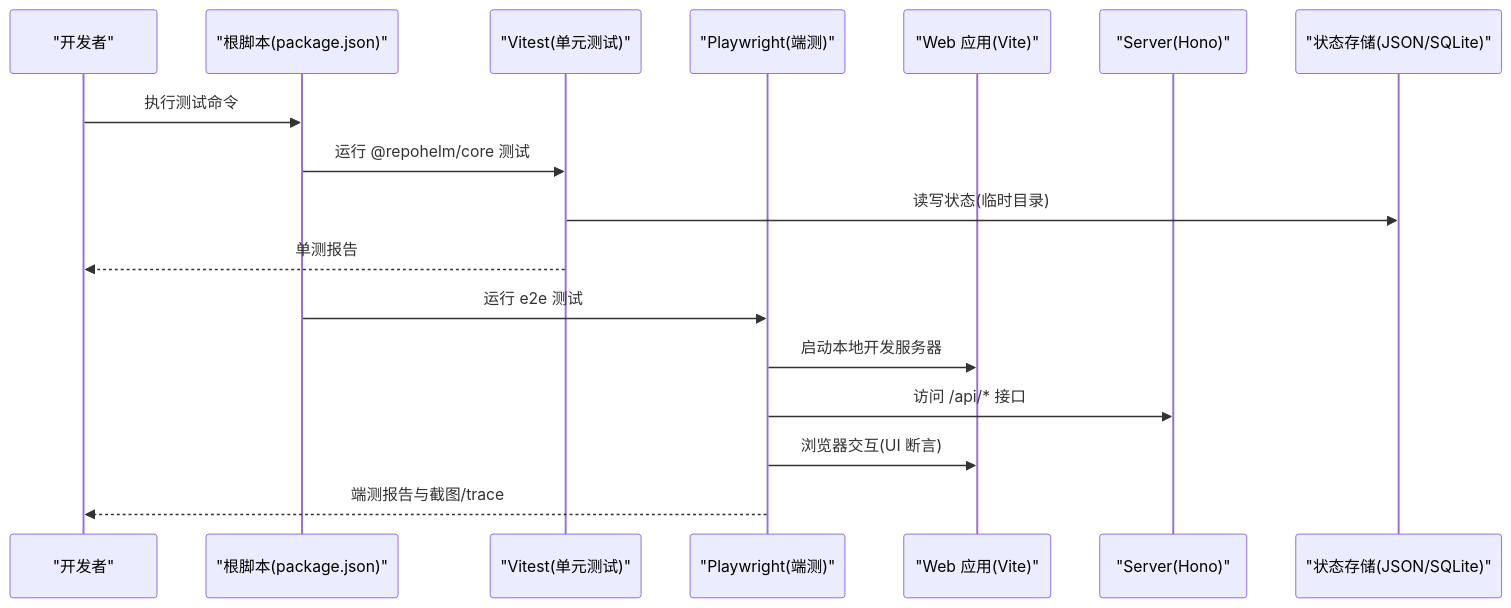
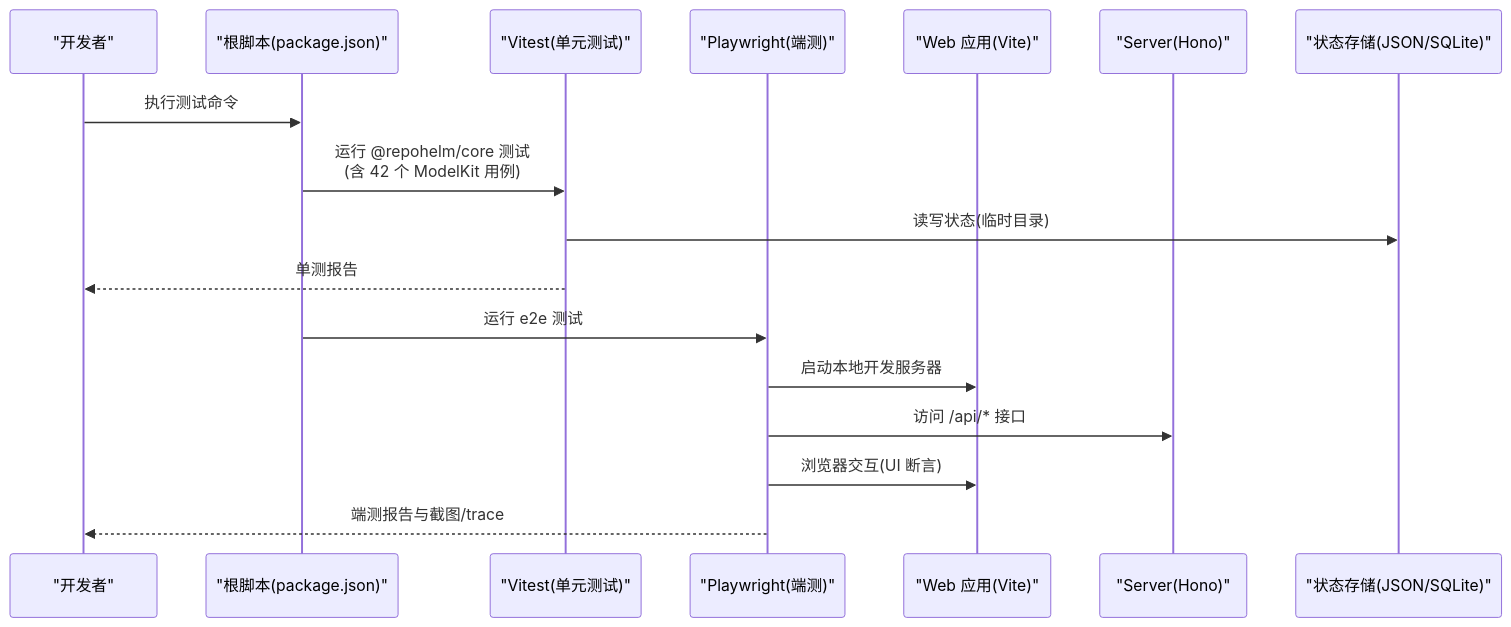
One commit to coconilu/RepoHelm changed the second of 8 diagrams in .qoder/repowiki/zh/content/测试策略/测试策略.md. Above: the diagram before and after it, drawn with Mermaid. The commit also changed other lines of this file and 14 other files, not shown here.

First line of the commit message:
Add ModelKit and Sub-Agent features

````diff
--- a/.qoder/repowiki/zh/content/测试策略/测试策略.md
+++ b/.qoder/repowiki/zh/content/测试策略/测试策略.md
@@ -97,19 +110,19 @@
 ```mermaid
 sequenceDiagram
 participant Dev as "开发者"
 participant Root as "根脚本(package.json)"
 participant Vitest as "Vitest(单元测试)"
 participant PW as "Playwright(端测)"
 participant Web as "Web 应用(Vite)"
 participant Srv as "Server(Hono)"
 participant Store as "状态存储(JSON/SQLite)"
 Dev->>Root : 执行测试命令
-Root->>Vitest : 运行 @repohelm/core 测试
+Root->>Vitest : 运行 @repohelm/core 测试<br/>(含 42 个 ModelKit 用例)
 Vitest->>Store : 读写状态(临时目录)
 Vitest-->>Dev : 单测报告
 Root->>PW : 运行 e2e 测试
 PW->>Web : 启动本地开发服务器
 PW->>Srv : 访问 /api/* 接口
 PW->>Web : 浏览器交互(UI 断言)
 PW-->>Dev : 端测报告与截图/trace
 ```
````
